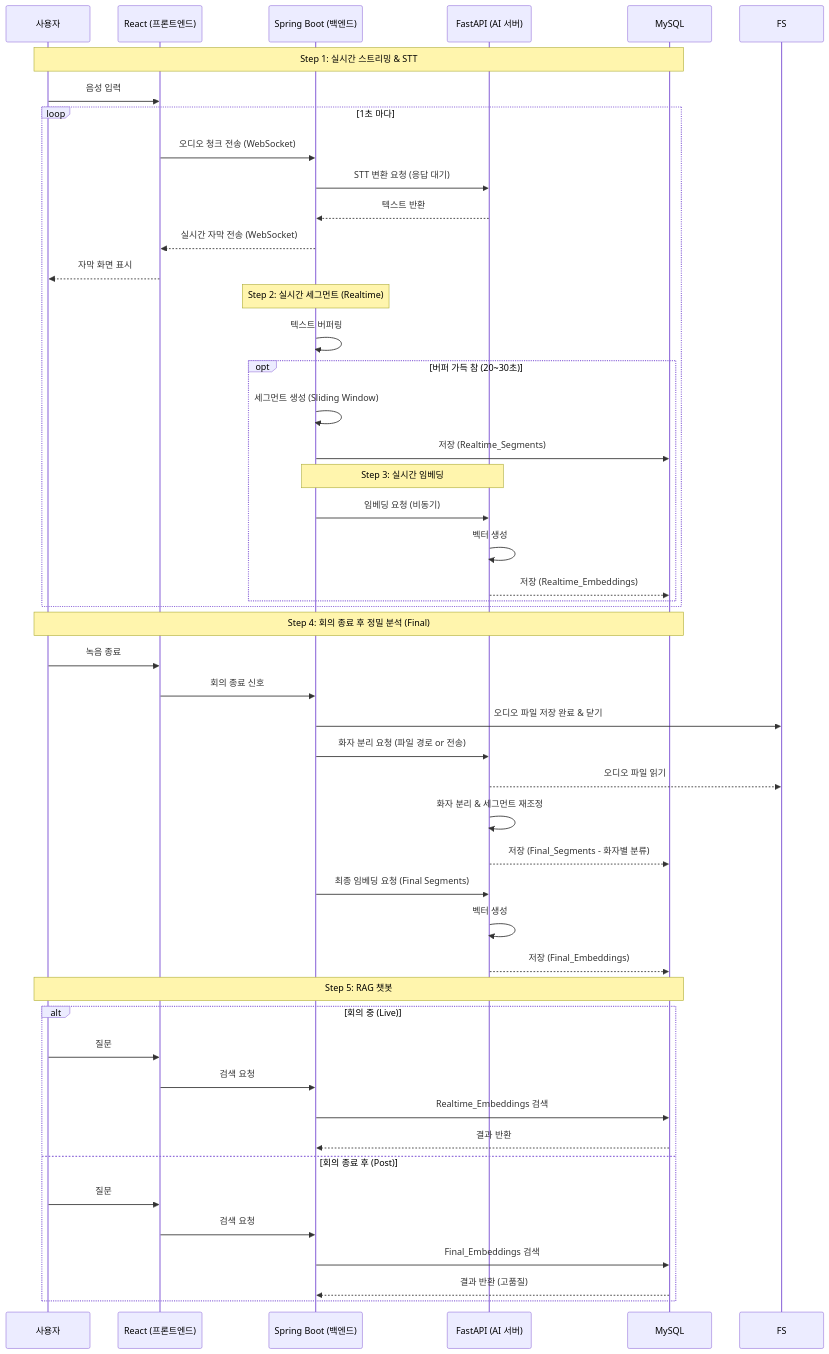
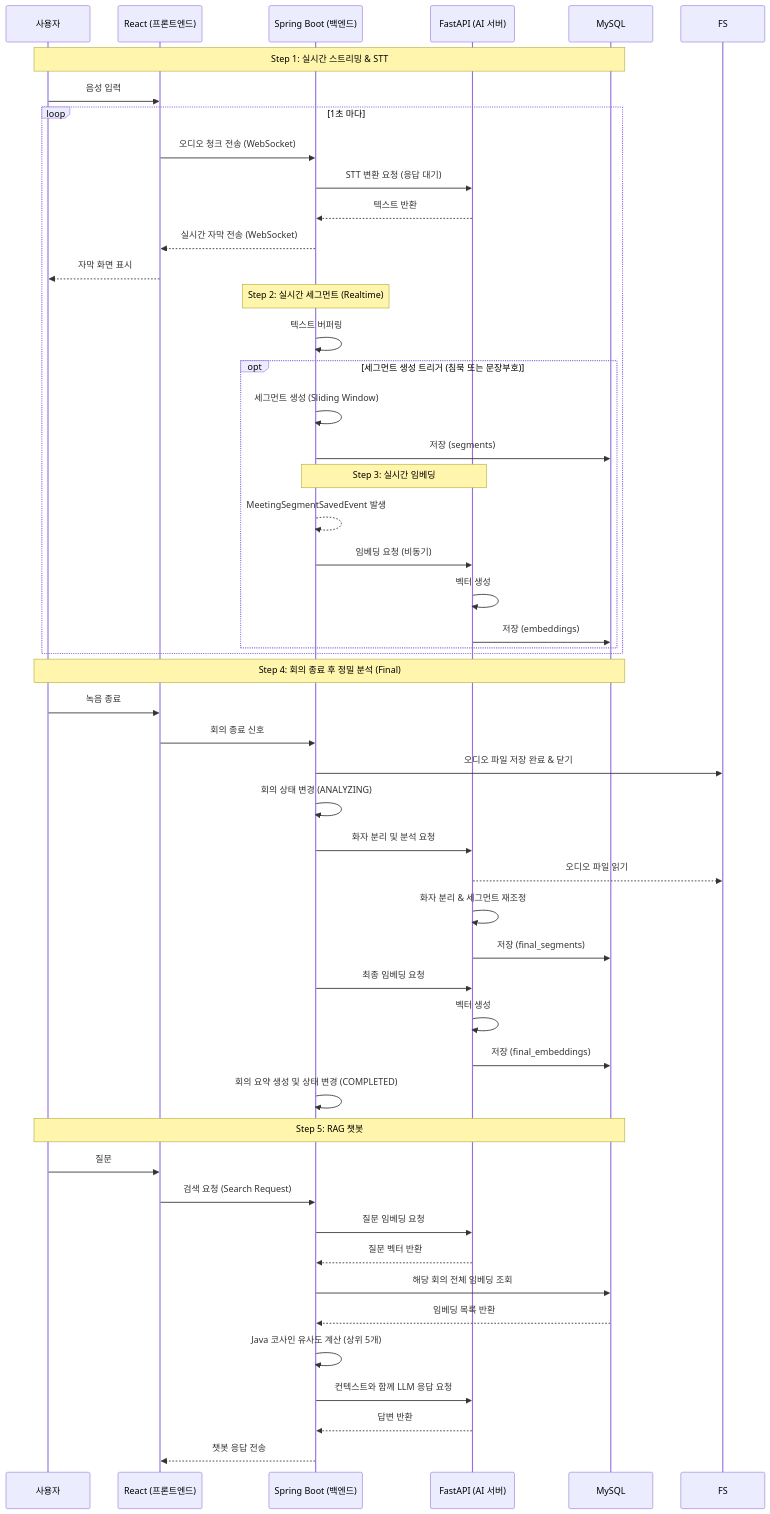
Before and after one commit to leejunhyuk1061204/AI-5-mini-project: the second of 3 diagrams in task/architecture.md, drawn with Mermaid. The commit also changed other lines of this file and 47 other files, not shown here.

````diff
--- a/task/architecture.md
+++ b/task/architecture.md
@@ -60,56 +68,58 @@
 ```mermaid
 sequenceDiagram
     participant U as 사용자
     participant R as React (프론트엔드)
     participant J as Spring Boot (백엔드)
     participant P as FastAPI (AI 서버)
     participant DB as MySQL
 
     Note over U, DB: Step 1: 실시간 스트리밍 & STT
     U->>R: 음성 입력
     loop 1초 마다
         R->>J: 오디오 청크 전송 (WebSocket)
         J->>P: STT 변환 요청 (응답 대기)
         P-->>J: 텍스트 반환
         J-->>R: 실시간 자막 전송 (WebSocket)
         R-->>U: 자막 화면 표시
         
         Note over J: Step 2: 실시간 세그먼트 (Realtime)
         J->>J: 텍스트 버퍼링
-        opt 버퍼 가득 참 (20~30초)
+        opt 세그먼트 생성 트리거 (침묵 또는 문장부호)
             J->>J: 세그먼트 생성 (Sliding Window)
-            J->>DB: 저장 (Realtime_Segments)
+            J->>DB: 저장 (segments)
             
             Note over J, P: Step 3: 실시간 임베딩
+            J-->>J: MeetingSegmentSavedEvent 발생
             J->>P: 임베딩 요청 (비동기)
             P->>P: 벡터 생성
-            P-->>DB: 저장 (Realtime_Embeddings)
+            P->>DB: 저장 (embeddings)
         end
     end
 
     Note over U, DB: Step 4: 회의 종료 후 정밀 분석 (Final)
     U->>R: 녹음 종료
     R->>J: 회의 종료 신호
     J->>FS: 오디오 파일 저장 완료 & 닫기
-    J->>P: 화자 분리 요청 (파일 경로 or 전송)
+    J->>J: 회의 상태 변경 (ANALYZING)
+    J->>P: 화자 분리 및 분석 요청
     P-->>FS: 오디오 파일 읽기
     P->>P: 화자 분리 & 세그먼트 재조정
-    P-->>DB: 저장 (Final_Segments - 화자별 분류)
+    P->>DB: 저장 (final_segments)
     
-    J->>P: 최종 임베딩 요청 (Final Segments)
+    J->>P: 최종 임베딩 요청
     P->>P: 벡터 생성
-    P-->>DB: 저장 (Final_Embeddings)
+    P->>DB: 저장 (final_embeddings)
+    J->>J: 회의 요약 생성 및 상태 변경 (COMPLETED)
 
     Note over U, DB: Step 5: RAG 챗봇
-    alt 회의 중 (Live)
-        U->>R: 질문
-        R->>J: 검색 요청
-        J->>DB: Realtime_Embeddings 검색
-        DB-->>J: 결과 반환
-    else 회의 종료 후 (Post)
-        U->>R: 질문
-        R->>J: 검색 요청
-        J->>DB: Final_Embeddings 검색
-        DB-->>J: 결과 반환 (고품질)
-    end
+    U->>R: 질문
+    R->>J: 검색 요청 (Search Request)
+    J->>P: 질문 임베딩 요청
+    P-->>J: 질문 벡터 반환
+    J->>DB: 해당 회의 전체 임베딩 조회
+    DB-->>J: 임베딩 목록 반환
+    J->>J: Java 코사인 유사도 계산 (상위 5개)
+    J->>P: 컨텍스트와 함께 LLM 응답 요청
+    P-->>J: 답변 반환
+    J-->>R: 챗봇 응답 전송
 ```
````
